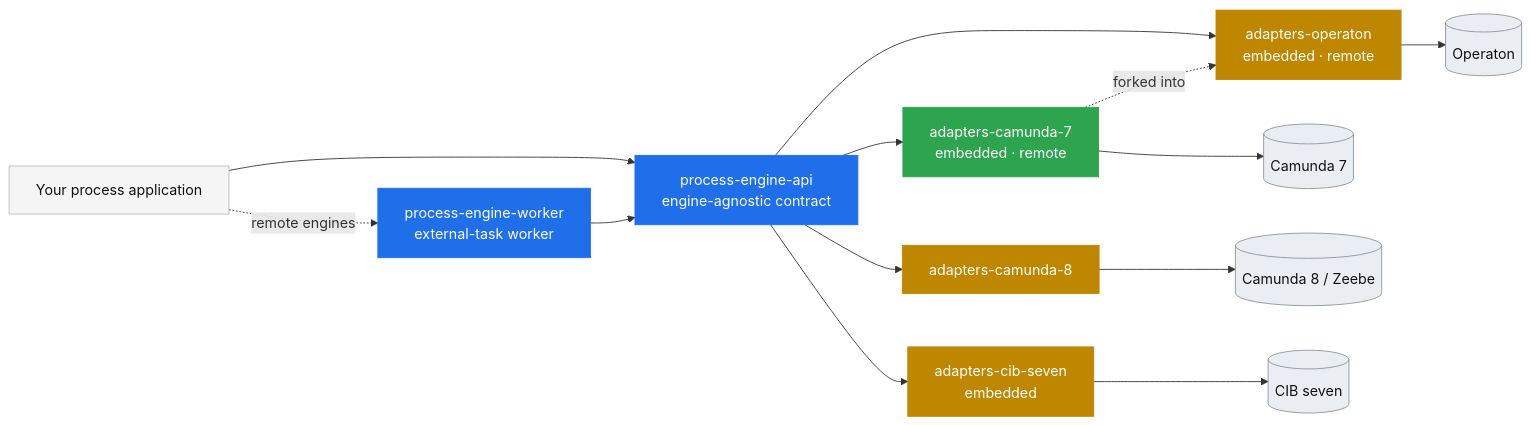
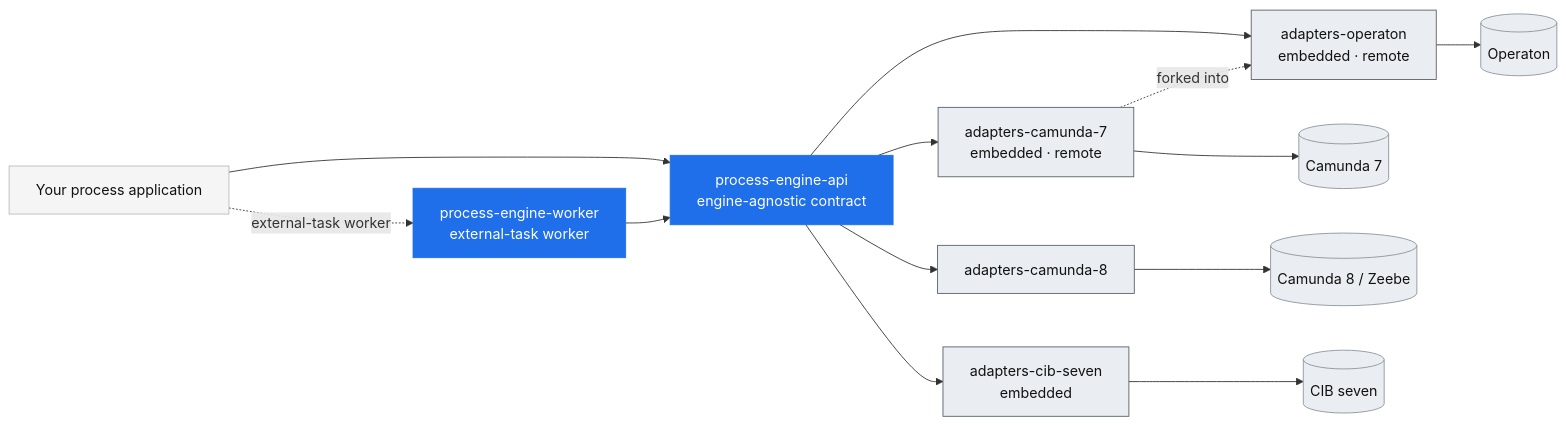
Before and after one commit to bpm-crafters/.github: the diagram in docs/adapters.md, drawn with Mermaid. The commit also changed other lines of this file, not shown here.

Commit message:
docs: drop lifecycle badges/column, relabel worker edge (not remote-only)

````diff
--- a/docs/adapters.md
+++ b/docs/adapters.md
@@ -25,28 +25,27 @@
 ```mermaid
 graph LR
   app["Your process application"]:::app
   api["process-engine-api<br/>engine-agnostic contract"]:::api
   worker["process-engine-worker<br/>external-task worker"]:::api
 
   app --> api
-  app -. remote engines .-> worker
+  app -. external-task worker .-> worker
   worker --> api
 
-  api --> c7["adapters-camunda-7<br/>embedded · remote"]:::stable
-  api --> c8["adapters-camunda-8"]:::inc
-  api --> cib["adapters-cib-seven<br/>embedded"]:::inc
-  api --> op["adapters-operaton<br/>embedded · remote"]:::inc
+  api --> c7["adapters-camunda-7<br/>embedded · remote"]:::adp
+  api --> c8["adapters-camunda-8"]:::adp
+  api --> cib["adapters-cib-seven<br/>embedded"]:::adp
+  api --> op["adapters-operaton<br/>embedded · remote"]:::adp
 
   c7 --> C7[("Camunda 7")]:::eng
   c8 --> C8[("Camunda 8 / Zeebe")]:::eng
   cib --> CIB[("CIB seven")]:::eng
   op --> OP[("Operaton")]:::eng
 
   c7 -. forked into .-> op
 
   classDef app fill:#f5f5f5,stroke:#bbb,color:#111
   classDef api fill:#1f6feb,stroke:#1f6feb,color:#fff
-  classDef stable fill:#2da44e,stroke:#2da44e,color:#fff
-  classDef inc fill:#bf8700,stroke:#bf8700,color:#fff
+  classDef adp fill:#eaeef2,stroke:#57606a,color:#111
   classDef eng fill:#eaeef2,stroke:#8b949e,color:#111
 ```
````
